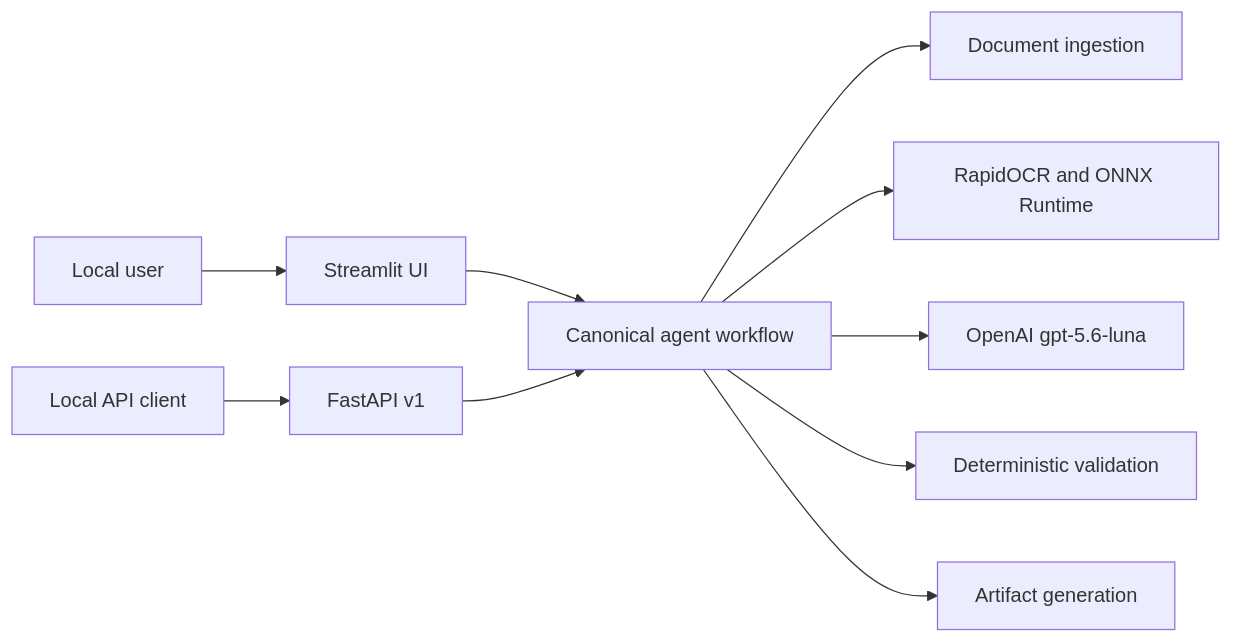
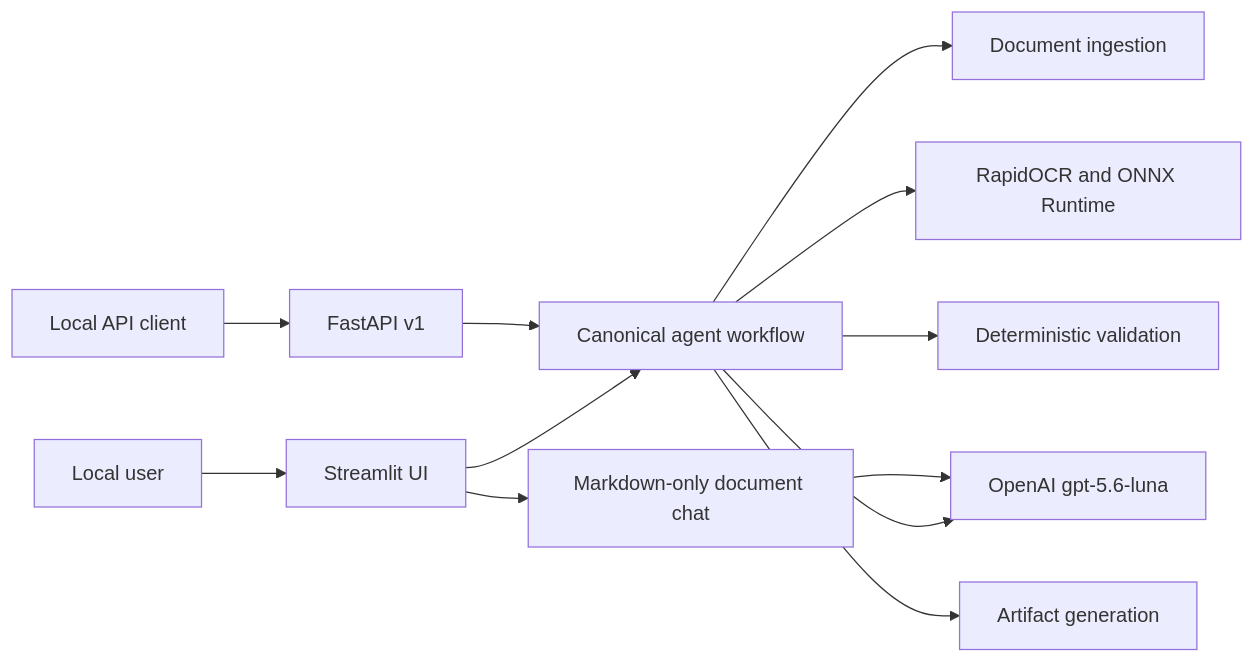
One commit to pypi-ahmad/OpenAI-X-RapidOCR-Agentic-Document_extraction changed the first of 3 diagrams in docs/architecture.md. Above: the diagram before and after it, drawn with Mermaid. The commit also changed other lines of this file and 9 other files, not shown here.

````diff
--- a/docs/architecture.md
+++ b/docs/architecture.md
@@ -13,12 +13,14 @@
 ```mermaid
 flowchart LR
     User["Local user"] --> UI["Streamlit UI"]
     Client["Local API client"] --> API["FastAPI v1"]
     UI --> Workflow["Canonical agent workflow"]
     API --> Workflow
+    UI --> Chat["Markdown-only document chat"]
     Workflow --> Ingest["Document ingestion"]
     Workflow --> OCR["RapidOCR and ONNX Runtime"]
     Workflow --> GPT["OpenAI gpt-5.6-luna"]
     Workflow --> Validation["Deterministic validation"]
     Workflow --> Artifacts["Artifact generation"]
+    Chat --> GPT
 ```
````
